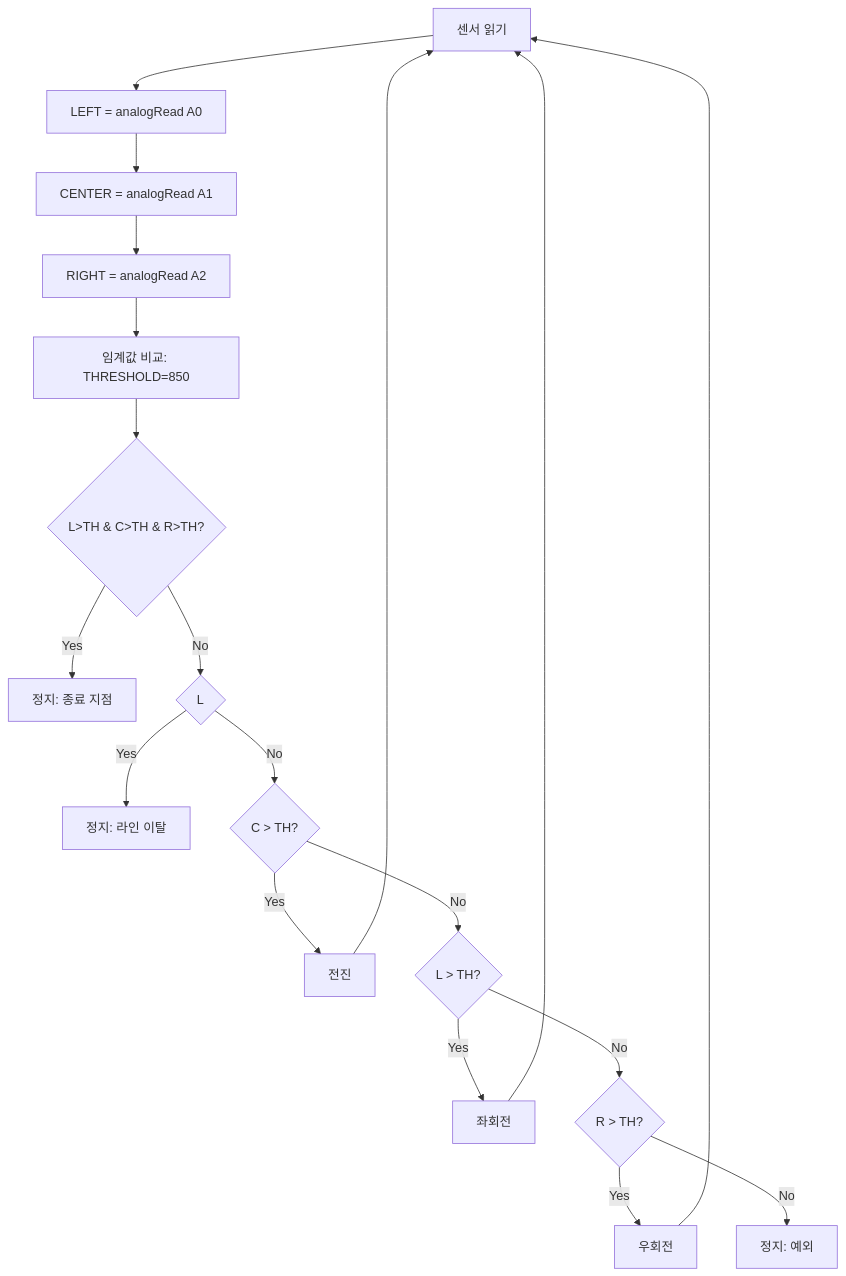
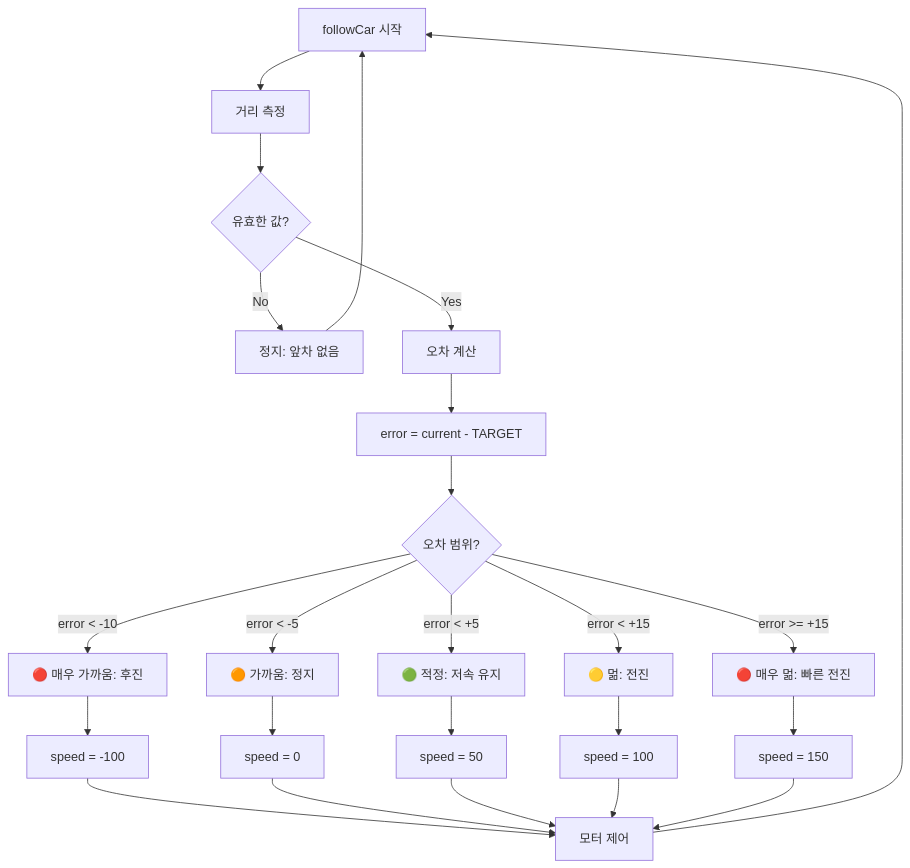
Before and after one commit to Collegenie-X/Arduino_AutoPlot: diagram 15 of 20 in document/algorithms_flowchart.md, drawn with Mermaid. The commit also changed other lines of this file and 3 other files, not shown here.

````diff
--- a/document/algorithms_flowchart.md
+++ b/document/algorithms_flowchart.md
@@ -308,23 +414,31 @@
 ```mermaid
 flowchart TD
-    A[센서 읽기] --> B[LEFT = analogRead A0]
-    B --> C[CENTER = analogRead A1]
-    C --> D[RIGHT = analogRead A2]
-    D --> E[임계값 비교: THRESHOLD=850]
+    A[followCar 시작] --> B[거리 측정]
+    B --> C{유효한 값?}
     
-    E --> F{L>TH & C>TH & R>TH?}
-    F -->|Yes| G[정지: 종료 지점]
-    F -->|No| H{L<TH & C<TH & R<TH?}
-    H -->|Yes| I[정지: 라인 이탈]
-    H -->|No| J{C > TH?}
-    J -->|Yes| K[전진]
-    J -->|No| L{L > TH?}
-    L -->|Yes| M[좌회전]
-    L -->|No| N{R > TH?}
-    N -->|Yes| O[우회전]
-    N -->|No| P[정지: 예외]
+    C -->|No| D[정지: 앞차 없음]
+    D --> A
     
-    K --> A
-    M --> A
-    O --> A
+    C -->|Yes| E[오차 계산]
+    E --> F["error = current - TARGET"]
+    F --> G{오차 범위?}
+    
+    G -->|error < -10| H[🔴 매우 가까움: 후진]
+    G -->|error < -5| I[🟠 가까움: 정지]
+    G -->|error < +5| J[🟢 적정: 저속 유지]
+    G -->|error < +15| K[🟡 멂: 전진]
+    G -->|error >= +15| L[🔴 매우 멂: 빠른 전진]
+    
+    H --> M[speed = -100]
+    I --> N[speed = 0]
+    J --> O[speed = 50]
+    K --> P[speed = 100]
+    L --> Q[speed = 150]
+    
+    M --> R[모터 제어]
+    N --> R
+    O --> R
+    P --> R
+    Q --> R
+    R --> A
 ```
````
